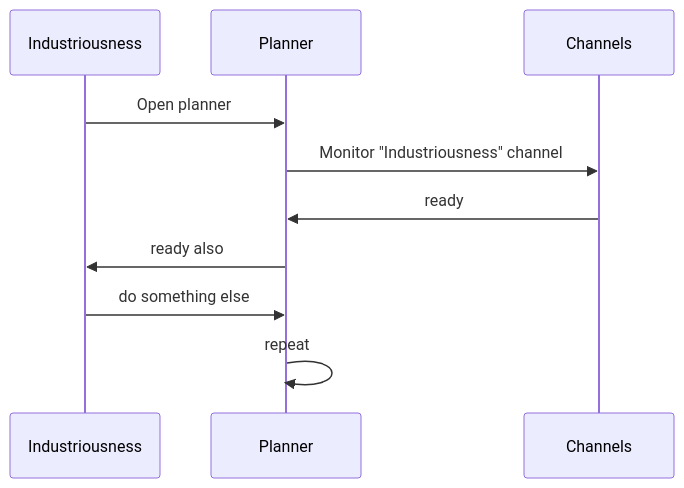
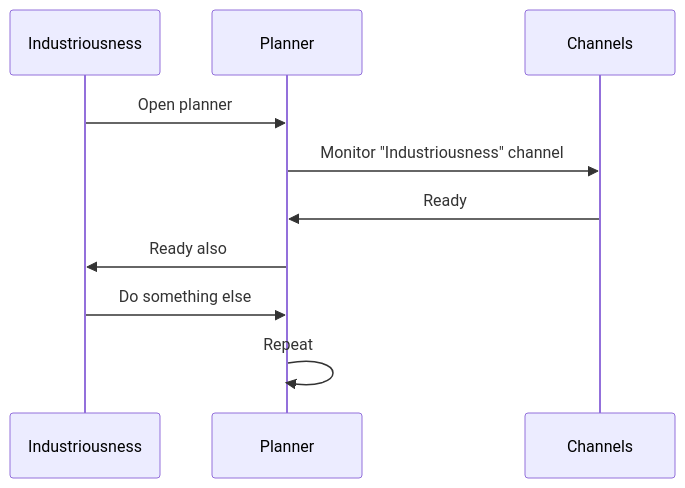
One commit to vanHeemstraSystems/industriousness changed the second of 2 diagrams in 300/README.md. Above: the diagram before and after it, drawn with Mermaid.

````diff
--- a/300/README.md
+++ b/300/README.md
@@ -21,12 +21,12 @@
 ```mermaid
 sequenceDiagram
     participant Industriousness
     participant Planner
     participant Channels
     Industriousness->>Planner: Open planner
     Planner->>Channels: Monitor "Industriousness" channel
-    Channels->>Planner: ready
-    Planner->>Industriousness: ready also
-    Industriousness->>Planner: do something else
-    Planner->>Planner: repeat
+    Channels->>Planner: Ready
+    Planner->>Industriousness: Ready also
+    Industriousness->>Planner: Do something else
+    Planner->>Planner: Repeat
 ```
````
